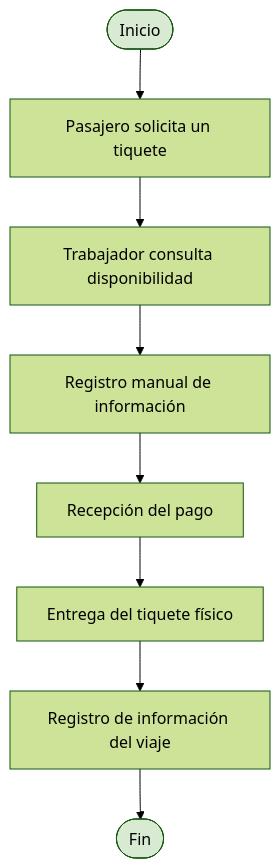
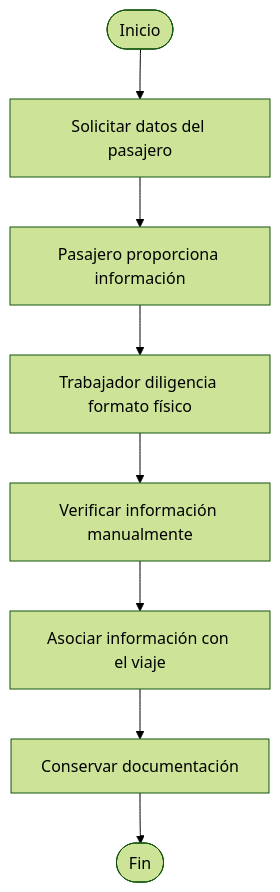
The second of 11 diagrams in Arquitectura de negocio y diagnóstico empresarial.md (santiyn2/arquitectura-empresarial-cootransoriente-ucc), drawn with Mermaid (forest theme) before and after one commit. The commit also changed other lines of this file, not shown here.

````diff
--- a/Arquitectura de negocio y diagnóstico empresarial.md
+++ b/Arquitectura de negocio y diagnóstico empresarial.md
@@ -481,13 +382,10 @@
 ```mermaid
 flowchart TD
-    A([Inicio]) --> B[Pasajero solicita un tiquete]
-    B --> C[Trabajador consulta disponibilidad]
-    C --> D[Registro manual de información]
-    D --> E[Recepción del pago]
-    E --> F[Entrega del tiquete físico]
-    F --> G[Registro de información del viaje]
-    G --> H([Fin])
-
-    style A fill:#d9ead3
-    style H fill:#d9ead3
+ A([Inicio]) --> B[Solicitar datos del pasajero]
+ B --> C[Pasajero proporciona información]
+ C --> D[Trabajador diligencia formato físico]
+ D --> E[Verificar información manualmente]
+ E --> F[Asociar información con el viaje]
+ F --> G[Conservar documentación]
+ G --> H([Fin])
 ```
````
